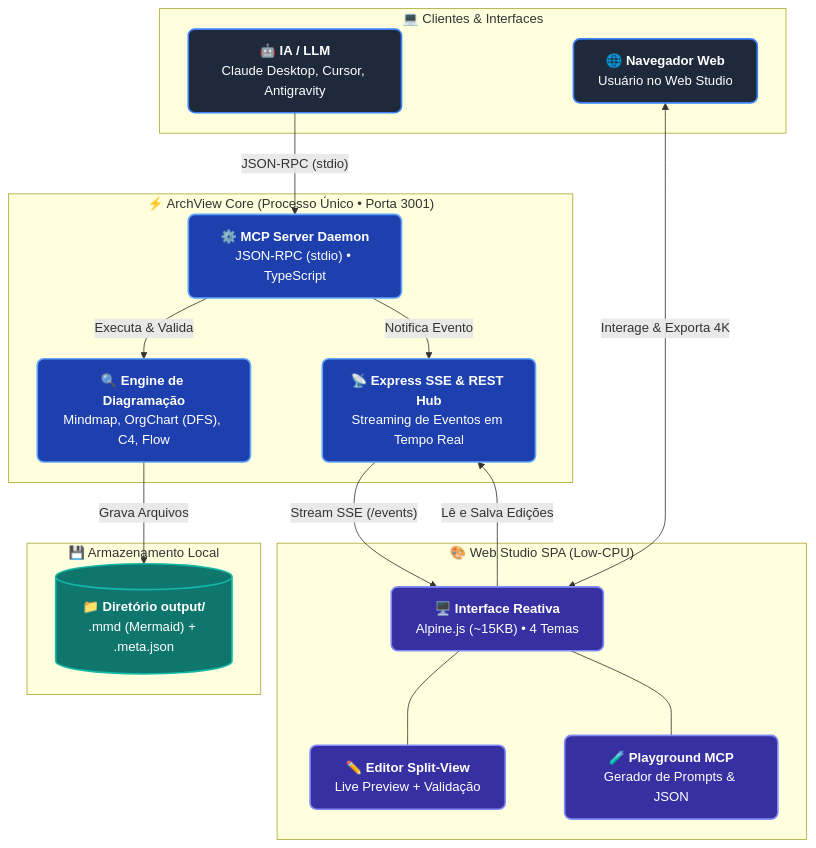
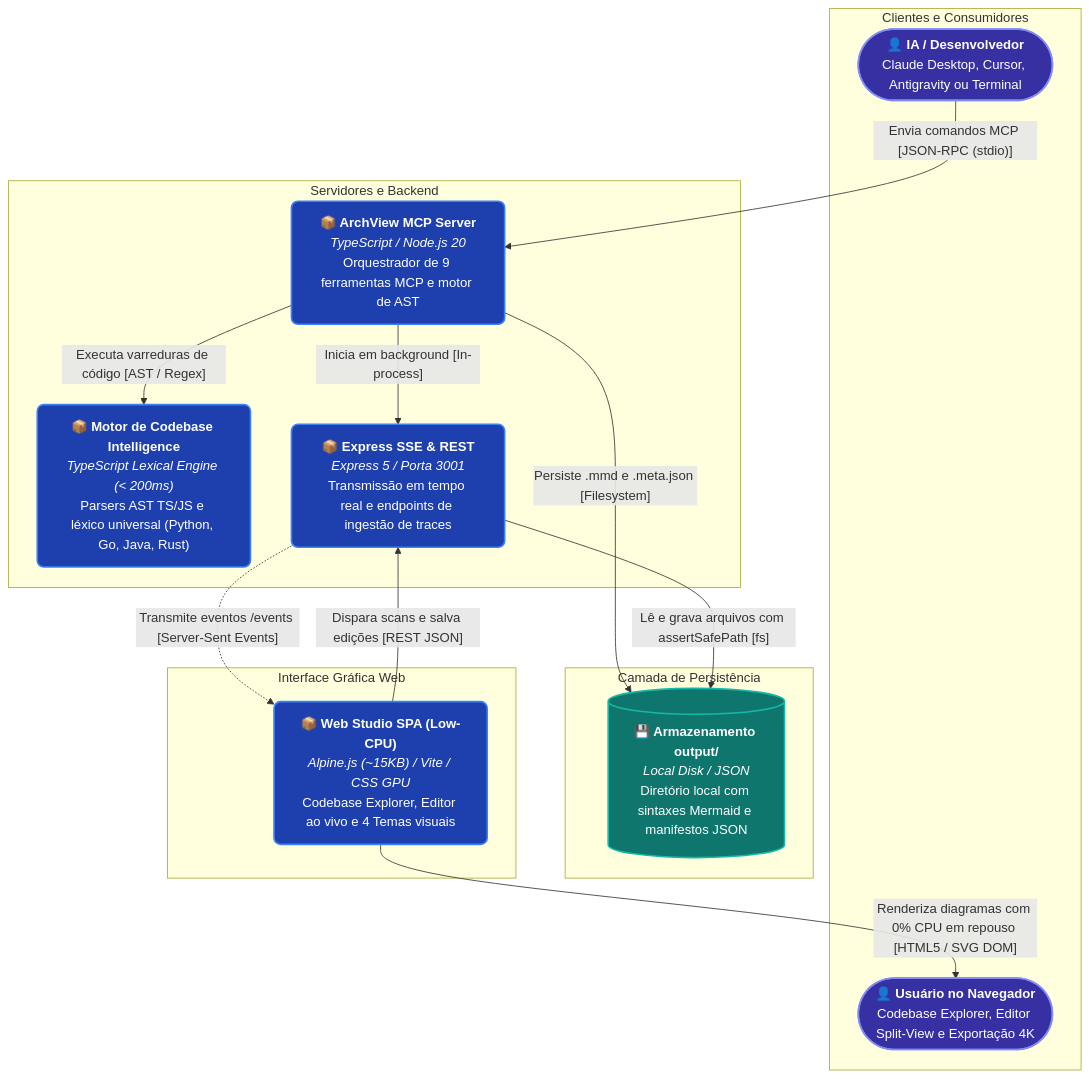
Before and after one commit to 70gurupia/archview: the first of 3 diagrams in README.md, drawn with Mermaid. The commit also changed other lines of this file and 13 other files, not shown here.

Commit message:
docs(production): regenerate self-docs with v3.0 codebase intelligence and sanitize DOM sinks

````diff
--- a/README.md
+++ b/README.md
@@ -9,43 +9,44 @@
 ```mermaid
 flowchart TD
-  subgraph Clients[" 💻 Clientes & Interfaces "]
-    ai["🤖 <b>IA / LLM</b><br/>Claude Desktop, Cursor, Antigravity"]
-    browser["🌐 <b>Navegador Web</b><br/>Usuário no Web Studio"]
+  subgraph sg_1[" Clientes e Consumidores "]
+    ai_client(["<b>👤 IA / Desenvolvedor</b><br/>Claude Desktop, Cursor, Antigravity ou Terminal"])
+    browser_user(["<b>👤 Usuário no Navegador</b><br/>Codebase Explorer, Editor Split-View e Exportação 4K"])
   end
 
-  subgraph Core[" ⚡ ArchView Core (Processo Único • Porta 3001) "]
-    mcp["⚙️ <b>MCP Server Daemon</b><br/>JSON-RPC (stdio) • TypeScript"]
-    sse["📡 <b>Express SSE & REST Hub</b><br/>Streaming de Eventos em Tempo Real"]
-    engine["🔍 <b>Engine de Diagramação</b><br/>Mindmap, OrgChart (DFS), C4, Flow"]
+  subgraph sg_2[" Servidores e Backend "]
+    mcp_server["<b>📦 ArchView MCP Server</b><br/><i>TypeScript / Node.js 20</i><br/>Orquestrador de 9 ferramentas MCP e motor de AST"]
+    engine_v3["<b>📦 Motor de Codebase Intelligence</b><br/><i>TypeScript Lexical Engine (< 200ms)</i><br/>Parsers AST TS/JS e léxico universal (Python, Go, Java, Rust)"]
+    sse_server["<b>📦 Express SSE & REST</b><br/><i>Express 5 / Porta 3001</i><br/>Transmissão em tempo real e endpoints de ingestão de traces"]
   end
 
-  subgraph Storage[" 💾 Armazenamento Local "]
-    disk[("📁 <b>Diretório output/</b><br/>.mmd (Mermaid) + .meta.json")]
+  subgraph sg_3[" Camada de Persistência "]
+    storage[("<b>💾 Armazenamento output/</b><br/><i>Local Disk / JSON</i><br/>Diretório local com sintaxes Mermaid e manifestos JSON")]
   end
 
-  subgraph Studio[" 🎨 Web Studio SPA (Low-CPU) "]
-    spa["🖥️ <b>Interface Reativa</b><br/>Alpine.js (~15KB) • 4 Temas"]
-    editor["✏️ <b>Editor Split-View</b><br/>Live Preview + Validação"]
-    play["🧪 <b>Playground MCP</b><br/>Gerador de Prompts & JSON"]
+  subgraph sg_4[" Interface Gráfica Web "]
+    web_studio["<b>📦 Web Studio SPA (Low-CPU)</b><br/><i>Alpine.js (~15KB) / Vite / CSS GPU</i><br/>Codebase Explorer, Editor ao vivo e 4 Temas visuais"]
   end
 
-  ai -->|"JSON-RPC (stdio)"| mcp
-  mcp -->|"Executa & Valida"| engine
-  engine -->|"Grava Arquivos"| disk
-  mcp -->|"Notifica Evento"| sse
-  sse -->|"Stream SSE (/events)"| spa
-  spa -->|"Lê e Salva Edições"| sse
-  browser <-->|"Interage & Exporta 4K"| spa
-  spa --- editor
-  spa --- play
+  ai_client -->|"Envia comandos MCP [JSON-RPC (stdio)]"| mcp_server
+  mcp_server -->|"Executa varreduras de código [AST / Regex]"| engine_v3
+  mcp_server -->|"Inicia em background [In-process]"| sse_server
+  mcp_server -->|"Persiste .mmd e .meta.json [Filesystem]"| storage
+  sse_server -->|"Lê e grava arquivos com assertSafePath [fs]"| storage
+  sse_server -.->|"Transmite eventos /events [Server-Sent Events]"| web_studio
+  web_studio -->|"Renderiza diagramas com 0% CPU em repouso [HTML5 / SVG DOM]"| browser_user
+  web_studio -->|"Dispara scans e salva edições [REST JSON]"| sse_server
 
-  classDef clientBox fill:#1E293B,stroke:#3B82F6,stroke-width:2px,color:#FFFFFF,rx:8px,ry:8px;
-  classDef coreBox fill:#1E40AF,stroke:#60A5FA,stroke-width:2px,color:#FFFFFF,rx:8px,ry:8px;
-  classDef storeBox fill:#0F766E,stroke:#14B8A6,stroke-width:2px,color:#FFFFFF,rx:8px,ry:8px;
-  classDef studioBox fill:#3730A3,stroke:#818CF8,stroke-width:2px,color:#FFFFFF,rx:8px,ry:8px;
-
-  class ai,browser clientBox;
-  class mcp,sse,engine coreBox;
-  class disk storeBox;
-  class spa,editor,play studioBox;
+  classDef default fill:#F8FAFC,stroke:#64748B,stroke-width:1.5px,color:#1E293B,rx:8px,ry:8px;
+  classDef primary fill:#1E40AF,stroke:#3B82F6,stroke-width:2px,color:#FFFFFF,rx:8px,ry:8px;
+  classDef success fill:#0F766E,stroke:#14B8A6,stroke-width:2px,color:#FFFFFF,rx:8px,ry:8px;
+  classDef accent fill:#3730A3,stroke:#818CF8,stroke-width:2px,color:#FFFFFF,rx:8px,ry:8px;
+  classDef warning fill:#D97706,stroke:#F59E0B,stroke-width:2px,color:#FFFFFF,rx:8px,ry:8px;
+  classDef danger fill:#B91C1C,stroke:#EF4444,stroke-width:2px,color:#FFFFFF,rx:8px,ry:8px;
+  class ai_client accent;
+  class browser_user accent;
+  class mcp_server primary;
+  class engine_v3 primary;
+  class sse_server primary;
+  class storage success;
+  class web_studio primary;
 ```
````
